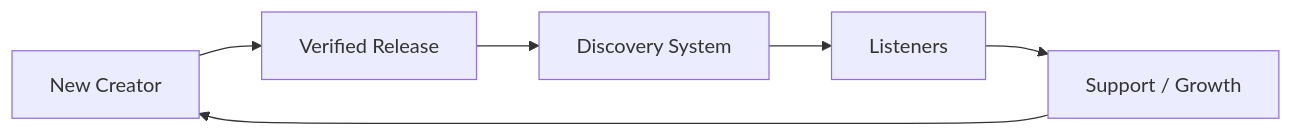
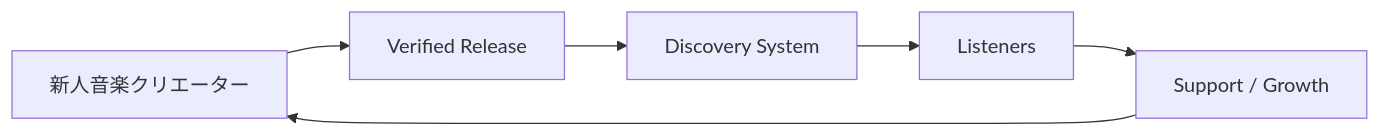
One commit to ShigeichiroYamasaki/creator-first-platform changed diagram 15 of 29 in docs/whitepaper/05-creator-onboarding.md. Above: the diagram before and after it, drawn with Mermaid. The commit also changed other lines of this file and 67 other files, not shown here.

````diff
--- a/docs/whitepaper/05-creator-onboarding.md
+++ b/docs/whitepaper/05-creator-onboarding.md
@@ -489,14 +489,14 @@
 ```mermaid
 flowchart LR
-    NEW[New Creator]
+    NEW[新人音楽クリエーター]
     VERIFY[Verified Release]
     DISC[Discovery System]
     USERS[Listeners]
     SUPPORT[Support / Growth]
 
     NEW --> VERIFY
     VERIFY --> DISC
     DISC --> USERS
     USERS --> SUPPORT
     SUPPORT --> NEW
 ```
````
